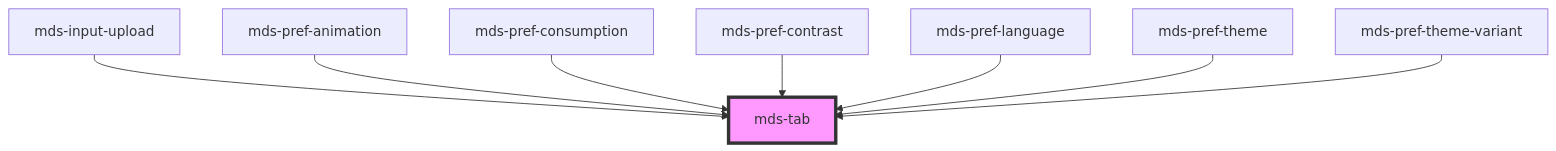
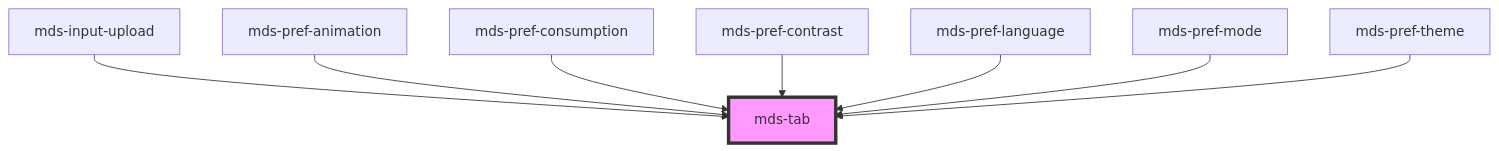
One commit to magma-design-system/magma changed the diagram in projects/stencil/src/components/mds-tab/readme.md. Above: the diagram before and after it, drawn with Mermaid. The commit also changed other lines of this file and 304 other files, not shown here.

First line of the commit message:
change(stencil): name the mode mode and the named theme theme

````diff
--- a/projects/stencil/src/components/mds-tab/readme.md
+++ b/projects/stencil/src/components/mds-tab/readme.md
@@ -479,11 +479,11 @@
 ```mermaid
 graph TD;
   mds-input-upload --> mds-tab
   mds-pref-animation --> mds-tab
   mds-pref-consumption --> mds-tab
   mds-pref-contrast --> mds-tab
   mds-pref-language --> mds-tab
+  mds-pref-mode --> mds-tab
   mds-pref-theme --> mds-tab
-  mds-pref-theme-variant --> mds-tab
   style mds-tab fill:#f9f,stroke:#333,stroke-width:4px
 ```
````
